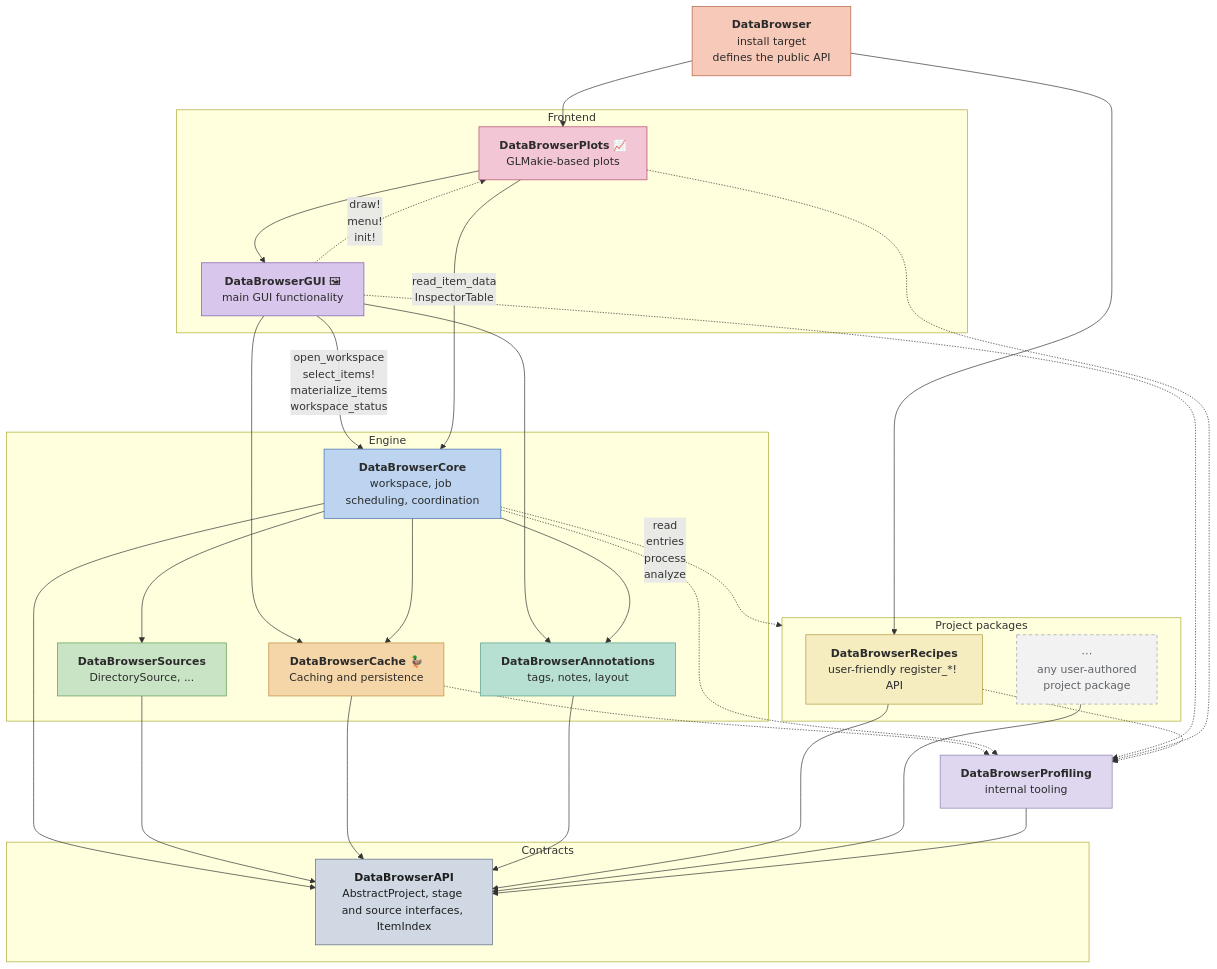
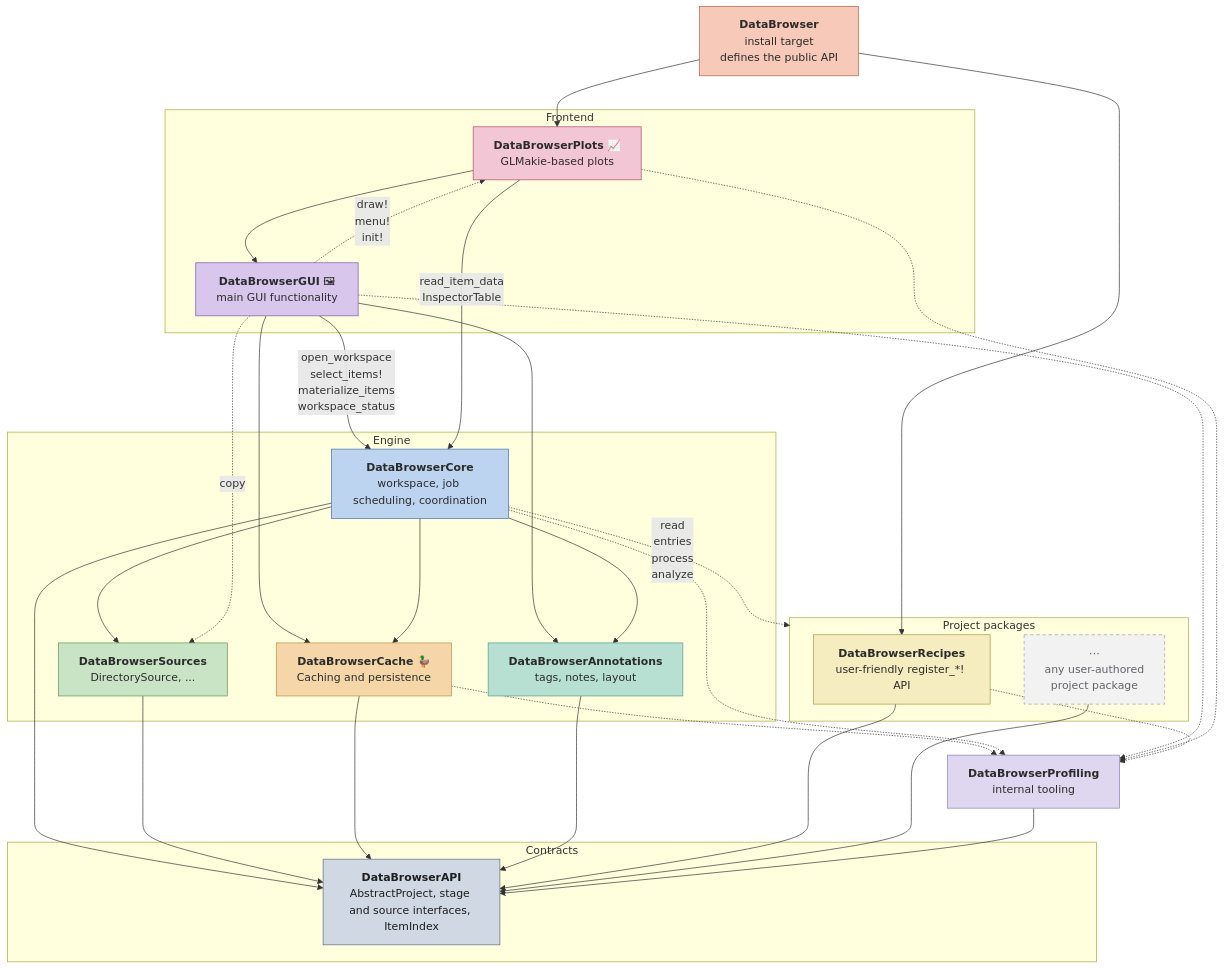
The first of 3 diagrams in docs/ARCHITECTURE.md (digiefel/MeasurementBrowser), drawn with Mermaid before and after one commit. The commit also changed other lines of this file and 15 other files, not shown here.

Commit message:
Drop GUI Open Folder, reopen from copy(source) instead of source_open_options

````diff
--- a/docs/ARCHITECTURE.md
+++ b/docs/ARCHITECTURE.md
@@ -29,76 +29,77 @@
 ```mermaid
 flowchart TB
     db["<b>DataBrowser</b><br/>install target<br/>defines the public API"]
     prof["<b>DataBrowserProfiling</b><br/>internal tooling"]
 
     subgraph projects["Project packages"]
         recipes["<b>DataBrowserRecipes</b><br/>user-friendly register_*! API"]
         userpkg["⋯<br/>any user-authored<br/>project package"]
     end
 
     subgraph frontend["Frontend"]
         gui["<b>DataBrowserGUI</b> 🖼<br/>main GUI functionality"]
         plots["<b>DataBrowserPlots</b> 📈<br/>GLMakie-based plots"]
     end
 
     subgraph engine["Engine"]
         core["<b>DataBrowserCore</b><br/>workspace, job scheduling, coordination"]
         src["<b>DataBrowserSources</b><br/>DirectorySource, ..."]
         cache["<b>DataBrowserCache</b> 🦆<br/>Caching and persistence"]
         ann["<b>DataBrowserAnnotations</b><br/>tags, notes, layout"]
     end
 
     subgraph contracts["Contracts"]
         api["<b>DataBrowserAPI</b><br/>AbstractProject, stage and source interfaces, ItemIndex"]
     end
 
     db --> recipes
     db --> plots
     gui -->|"open_workspace<br/>select_items!<br/>materialize_items<br/>workspace_status"| core
     gui --> cache
     gui --> ann
     plots --> gui
     plots -->|"read_item_data<br/>InspectorTable"| core
     core --> src
     core --> cache
     core --> ann
     core --> api
     src --> api
     cache --> api
     ann --> api
     recipes --> api
     userpkg --> api
     prof --> api
 
     core -.->|"read<br/>entries<br/>process<br/>analyze"| projects
+    gui -.->|"copy"| src
     gui -.->|"draw!<br/>menu!<br/>init!"| plots
     cache -.-> prof
     core -.-> prof
     gui -.-> prof
     plots -.-> prof
     recipes -.-> prof
 
     classDef umbrellaC fill:#f7c9b8,stroke:#b5623f,color:#2b2b2b
     classDef plotsC fill:#f2c6d4,stroke:#b0466a,color:#2b2b2b
     classDef guiC fill:#d9c6ec,stroke:#7d54b0,color:#2b2b2b
     classDef coreC fill:#bcd4f0,stroke:#3f6fb0,color:#2b2b2b
     classDef recipesC fill:#f5ecc0,stroke:#b09a3f,color:#2b2b2b
     classDef srcC fill:#c9e4c5,stroke:#5a9a52,color:#2b2b2b
     classDef cacheC fill:#f5d6a8,stroke:#c08a3f,color:#2b2b2b
     classDef annC fill:#b8e0d2,stroke:#4f9a86,color:#2b2b2b
     classDef profC fill:#ded7ef,stroke:#8a7fb0,color:#2b2b2b
     classDef apiC fill:#cfd8e3,stroke:#5a6b80,color:#1e1e1e
     classDef ghostC fill:#f2f2f2,stroke:#9aa0a6,stroke-dasharray:5 4,color:#5f6368
 
     class userpkg ghostC
     class db umbrellaC
     class plots plotsC
     class gui guiC
     class core coreC
     class recipes recipesC
     class src srcC
     class cache cacheC
     class ann annC
     class prof profC
     class api apiC
 ```
````
